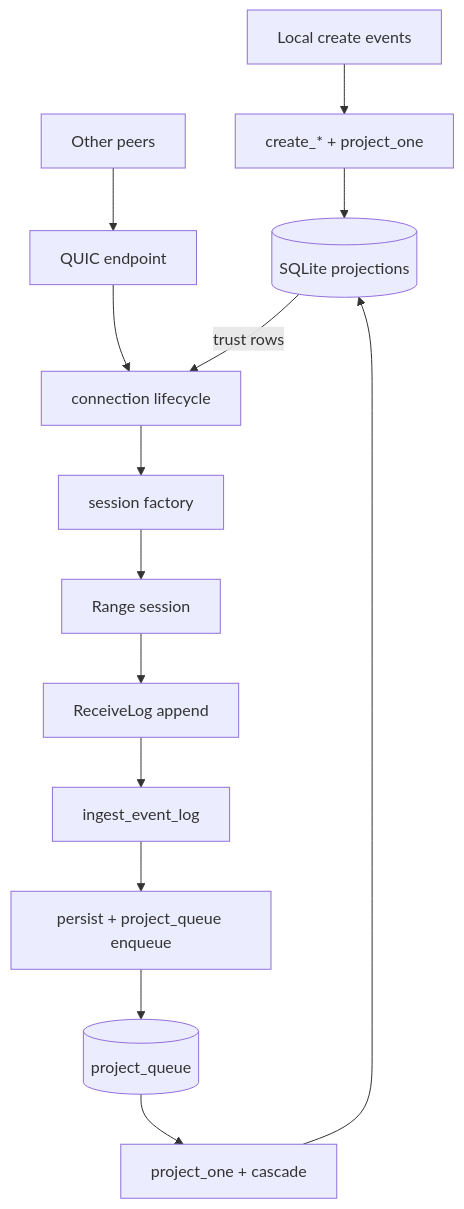
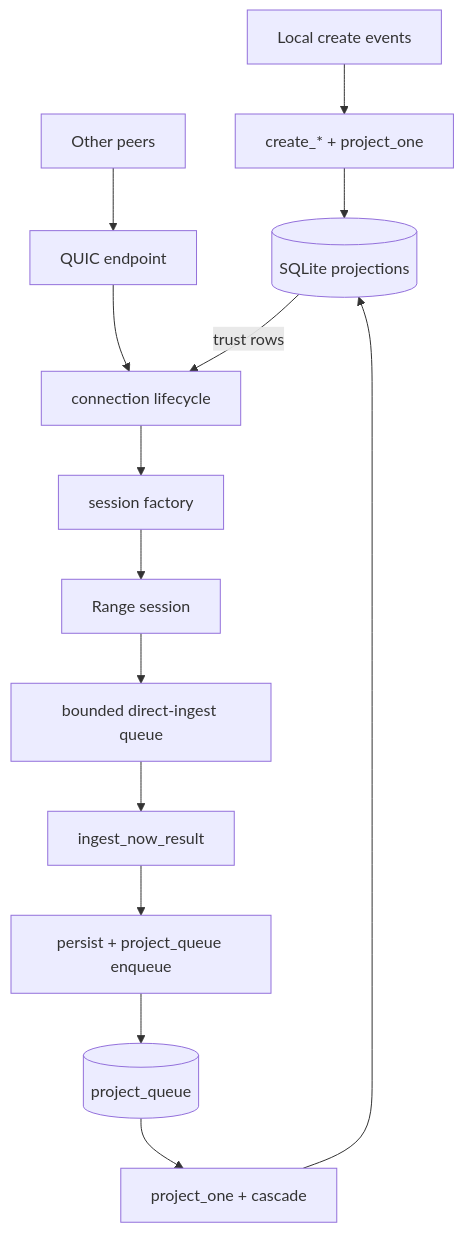
One commit to holmesworcester/topo changed the second of 8 diagrams in docs/DESIGN_DIAGRAMS.md. Above: the diagram before and after it, drawn with Mermaid. The commit also changed other lines of this file and 28 other files, not shown here.

````diff
--- a/docs/DESIGN_DIAGRAMS.md
+++ b/docs/DESIGN_DIAGRAMS.md
@@ -38,20 +38,20 @@
 ```mermaid
 flowchart TD
     LOCAL["Local create events"] --> CREATE["create_* + project_one"]
     CREATE --> PDB[("SQLite projections")]
 
     OTHERS["Other peers"] --> EP["QUIC endpoint"]
     EP --> LIFE["connection lifecycle"]
     LIFE --> FACT["session factory"]
     FACT --> RANGE["Range session"]
 
-    RANGE --> LOG["ReceiveLog append"]
-    LOG --> INGEST["ingest_event_log"]
+    RANGE --> LOG["bounded direct-ingest queue"]
+    LOG --> INGEST["ingest_now_result"]
 
     INGEST --> STORE["persist + project_queue enqueue"]
     STORE --> QDB[("project_queue")]
     QDB --> APPLY["project_one + cascade"]
     APPLY --> PDB
 
     PDB -->|trust rows| LIFE
 ```
````
